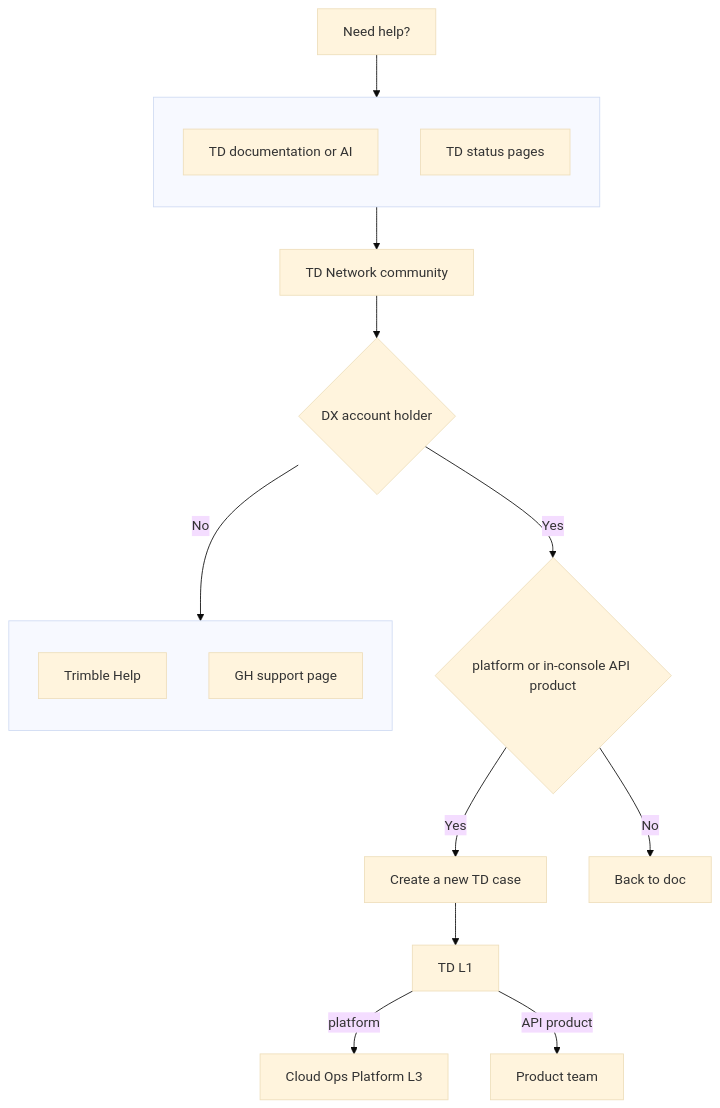
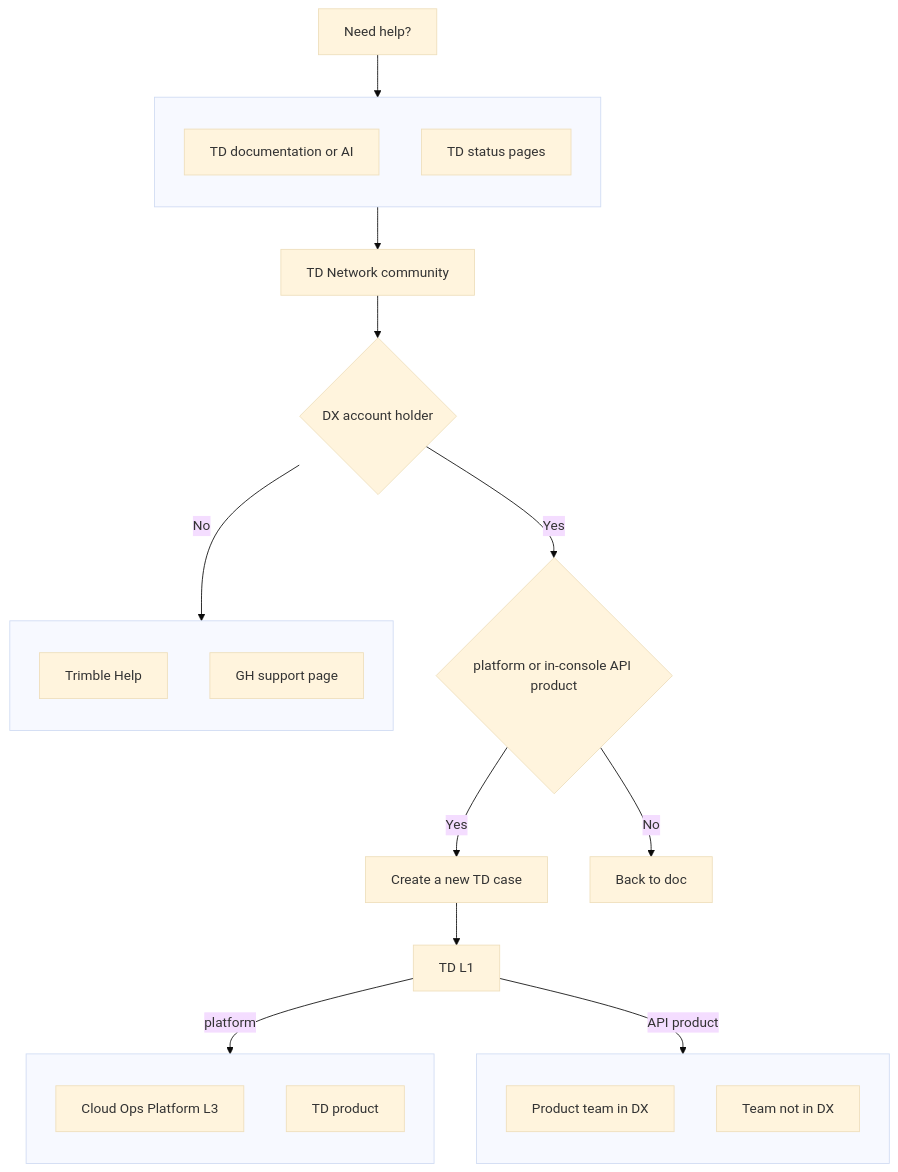
One commit to noel-tw/noel-tw.github.io changed the diagram in image/developer/help.md. Above: the diagram before and after it, drawn with Mermaid (base theme). The commit also changed 2 other files, not shown here.

````diff
--- a/image/developer/help.md
+++ b/image/developer/help.md
@@ -1,34 +1,47 @@
 ```mermaid
 flowchart TD
 	needhelp[Need help?]
 
 	subgraph options[" "]
 		direction TB
 		documentation["TD documentation or AI"]
 		pages["TD status pages"]
 	end
 
 	subgraph nondx[" "]
 		direction TB
 		helpportal["Trimble Help"]
 		contact["GH support page"]
 	end
 
 	needhelp --> options
 
 	community["TD Network community"]
 	dxholder{"DX account holder"}
 
 	options --> community
 	community --> dxholder
 
 	dxholder -->|Yes| casetype{"platform or in-console API product"}
 	dxholder -->|No| nondx
 
 	casetype -->|Yes| createcase["Create a new TD case"]
 	casetype -->|No| dxback["Back to doc"]
 
 	createcase --> tdl1["TD L1"]
-	tdl1 -->|platform| cloudops["Cloud Ops Platform L3"]
-	tdl1 -->|API product| productteam["Product team"]
+
+	subgraph platbranch[" "]
+		direction TB
+		cloudops["Cloud Ops Platform L3"]
+		tdproduct["TD product"]
+	end
+
+	subgraph apibranch[" "]
+		direction TB
+		productteam["Product team in DX"]
+		productnondx["Team not in DX"]
+	end
+
+	tdl1 -->|platform| platbranch
+	tdl1 -->|API product| apibranch
 ```
````
